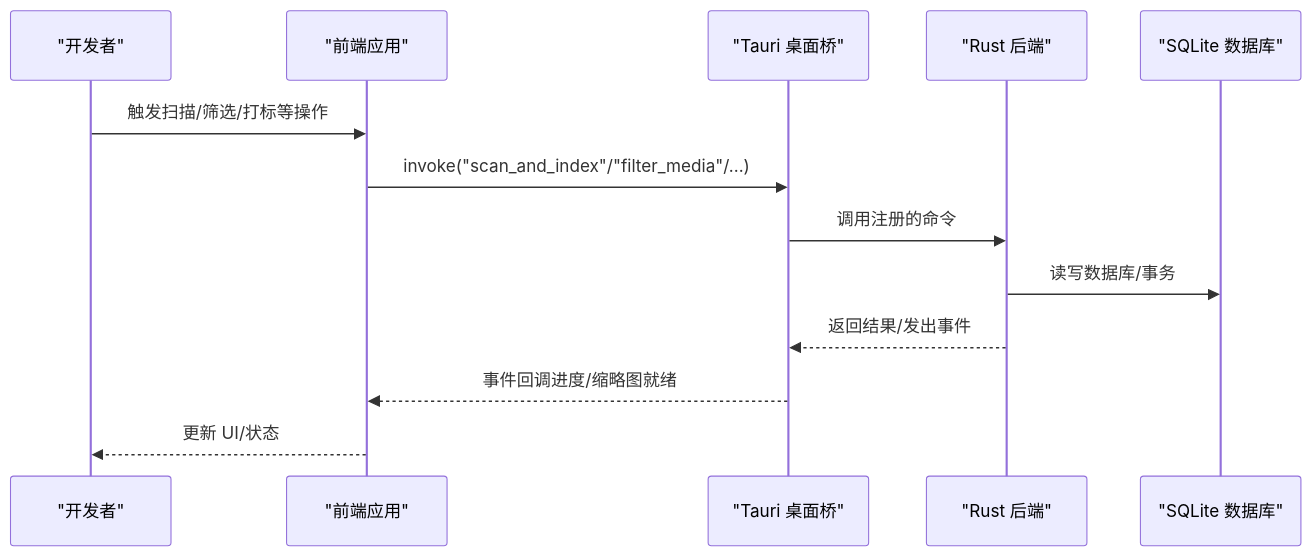
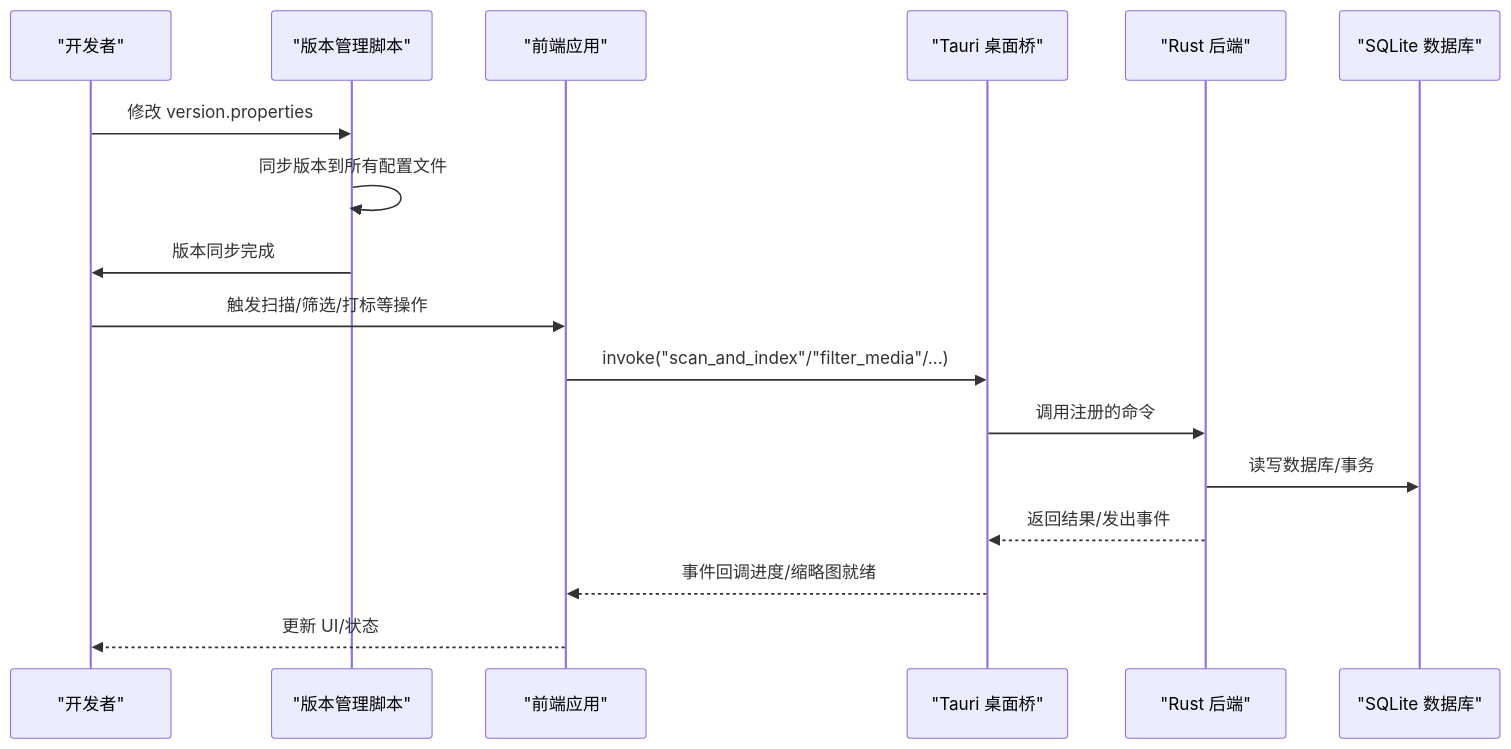
The second of 4 diagrams in doc/repowiki/zh/content/开发指南/开发工作流程/开发工作流程.md (YLee9527/Medex), drawn with Mermaid before and after one commit. The commit also changed other lines of this file and 31 other files, not shown here.

First line of the commit message:
docs(doc): 添加部署脚本、锁屏功能、发布指南及设置按钮图标文档

````diff
--- a/doc/repowiki/zh/content/开发指南/开发工作流程/开发工作流程.md
+++ b/doc/repowiki/zh/content/开发指南/开发工作流程/开发工作流程.md
@@ -110,15 +145,19 @@
 ```mermaid
 sequenceDiagram
 participant Dev as "开发者"
+participant VM as "版本管理脚本"
 participant FE as "前端应用"
 participant Tauri as "Tauri 桌面桥"
 participant BE as "Rust 后端"
 participant DB as "SQLite 数据库"
+Dev->>VM : 修改 version.properties
+VM->>VM : 同步版本到所有配置文件
+VM->>Dev : 版本同步完成
 Dev->>FE : 触发扫描/筛选/打标等操作
 FE->>Tauri : invoke("scan_and_index"/"filter_media"/...)
 Tauri->>BE : 调用注册的命令
 BE->>DB : 读写数据库/事务
 BE-->>Tauri : 返回结果/发出事件
 Tauri-->>FE : 事件回调进度/缩略图就绪
 FE-->>Dev : 更新 UI/状态
 ```
````
